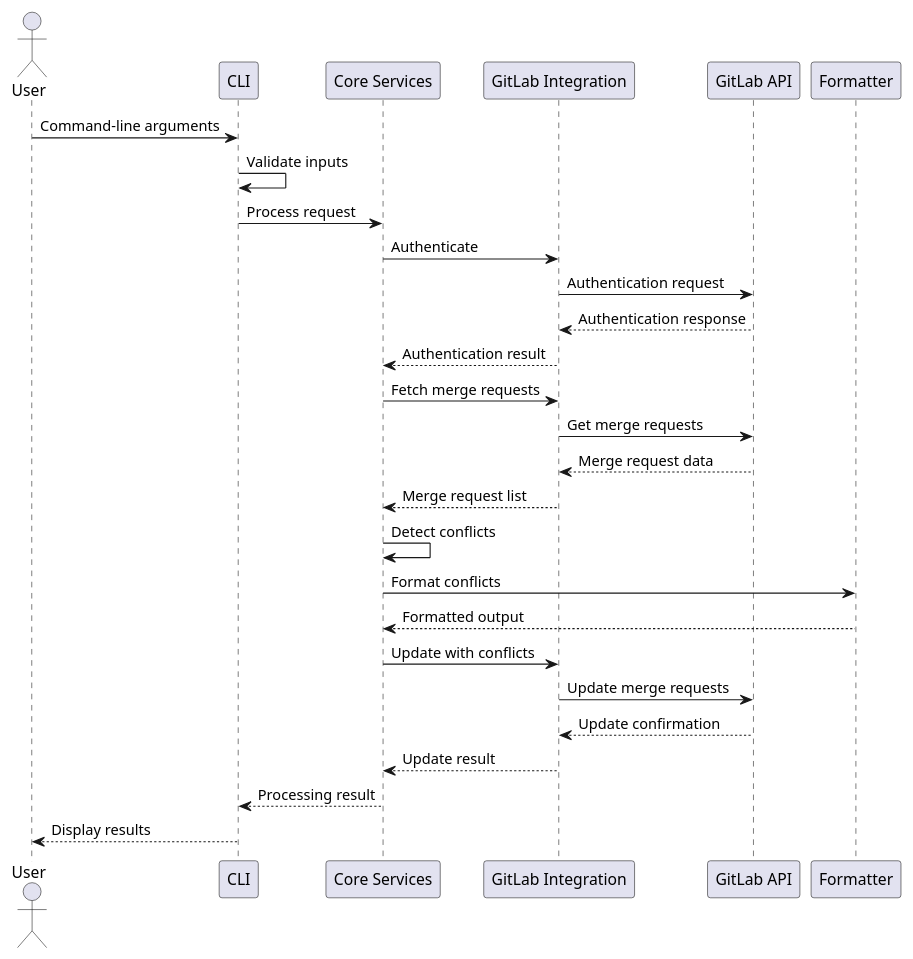
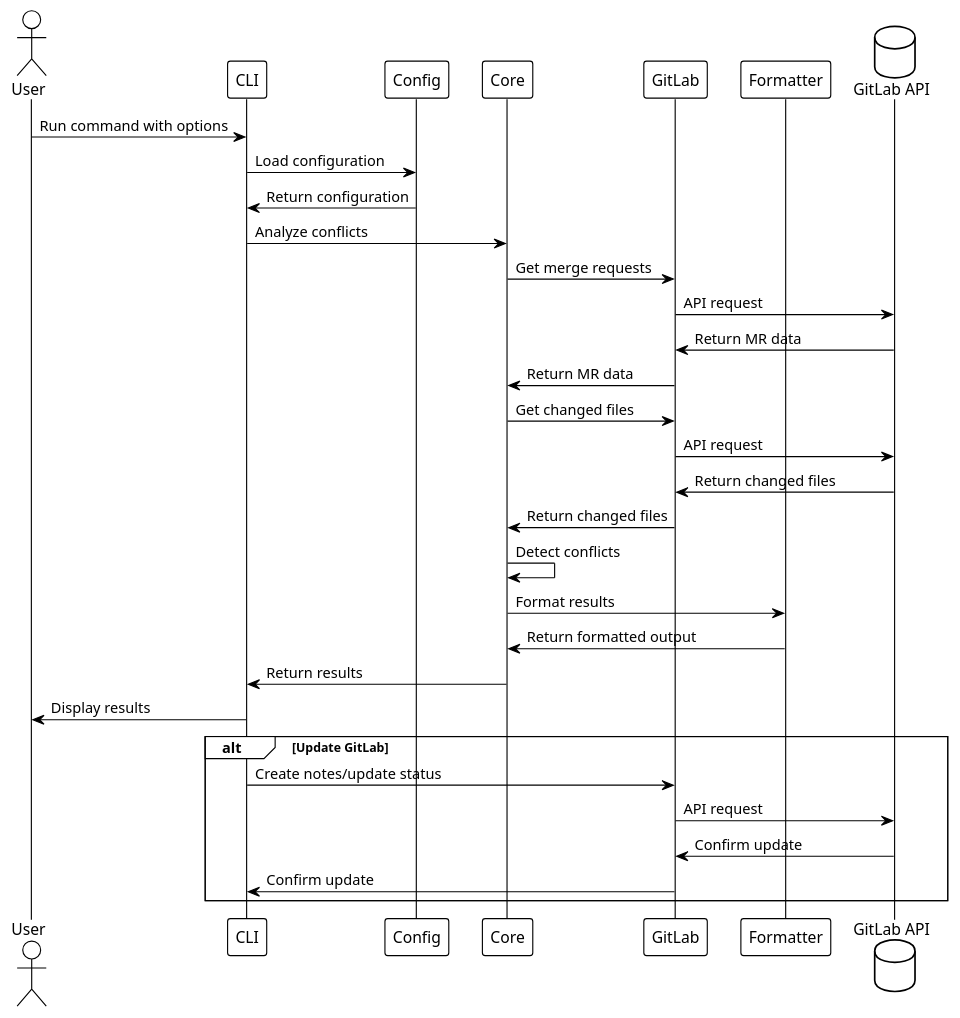
One commit to GalushkoArt/gitlab-mr-conflict-detector changed the eighth of 11 diagrams in docs/architecture.md. Above: the diagram before and after it, drawn with PlantUML. The commit also changed other lines of this file and 1 other file, not shown here.

````diff
--- a/docs/architecture.md
+++ b/docs/architecture.md
@@ -230,31 +200,38 @@
 ```plantuml
 @startuml
+!theme plain
+skinparam componentStyle rectangle
+
 actor User
 participant CLI
-participant "Core Services" as Core
-participant "GitLab Integration" as GitLab
-participant "GitLab API" as API
-participant "Formatter" as Formatter
+participant Config
+participant Core
+participant GitLab
+participant Formatter
+database "GitLab API" as API
 
-User -> CLI: Command-line arguments
-CLI -> CLI: Validate inputs
-CLI -> Core: Process request
-Core -> GitLab: Authenticate
-GitLab -> API: Authentication request
-API --> GitLab: Authentication response
-GitLab --> Core: Authentication result
-Core -> GitLab: Fetch merge requests
-GitLab -> API: Get merge requests
-API --> GitLab: Merge request data
-GitLab --> Core: Merge request list
-Core -> Core: Detect conflicts
-Core -> Formatter: Format conflicts
-Formatter --> Core: Formatted output
-Core -> GitLab: Update with conflicts
-GitLab -> API: Update merge requests
-API --> GitLab: Update confirmation
-GitLab --> Core: Update result
-Core --> CLI: Processing result
-CLI --> User: Display results
+User -> CLI : Run command with options
+CLI -> Config : Load configuration
+Config -> CLI : Return configuration
+CLI -> Core : Analyze conflicts
+Core -> GitLab : Get merge requests
+GitLab -> API : API request
+API -> GitLab : Return MR data
+GitLab -> Core : Return MR data
+Core -> GitLab : Get changed files
+GitLab -> API : API request
+API -> GitLab : Return changed files
+GitLab -> Core : Return changed files
+Core -> Core : Detect conflicts
+Core -> Formatter : Format results
+Formatter -> Core : Return formatted output
+Core -> CLI : Return results
+CLI -> User : Display results
+alt Update GitLab
+  CLI -> GitLab : Create notes/update status
+  GitLab -> API : API request
+  API -> GitLab : Confirm update
+  GitLab -> CLI : Confirm update
+end
 @enduml
 ```
````
